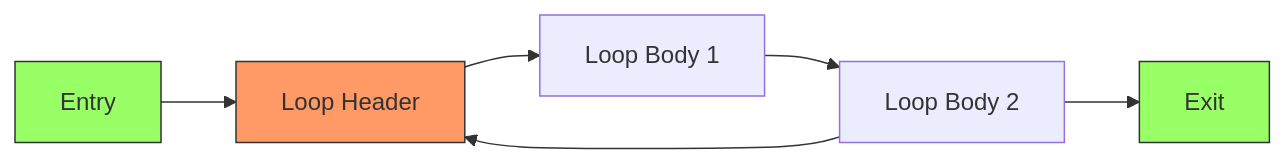
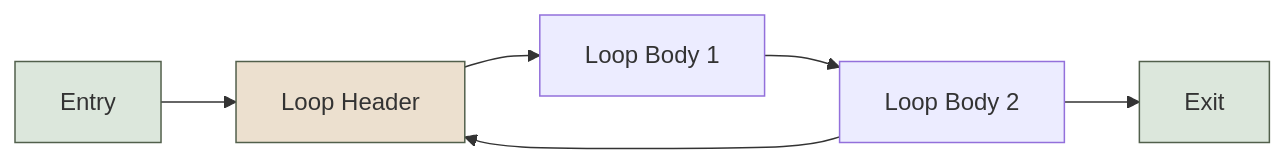
One commit to yaklang/ssa.to changed the first of 11 diagrams in static-analysis-guide/ssa-for-advanced-language-2.mdx. Above: the diagram before and after it, drawn with Mermaid. The commit also changed other lines of this file and 91 other files, not shown here.

````diff
--- a/static-analysis-guide/ssa-for-advanced-language-2.mdx
+++ b/static-analysis-guide/ssa-for-advanced-language-2.mdx
@@ -26,13 +34,13 @@
 ```mermaid
 graph LR
     A["Entry"] --> B["Loop Header"]
     B --> C["Loop Body 1"]
     C --> D["Loop Body 2"]
     D --> B
     D --> E["Exit"]
     
-    style B fill:#f96,stroke:#333
-    style A fill:#9f6,stroke:#333
-    style E fill:#9f6,stroke:#333
+    style B fill:#ece0cf,stroke:#52604c
+    style A fill:#dce7dc,stroke:#52604c
+    style E fill:#dce7dc,stroke:#52604c
 
 ```
````
